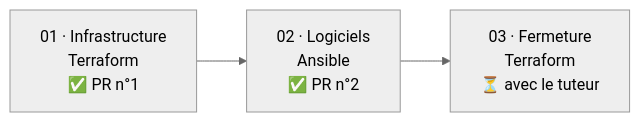
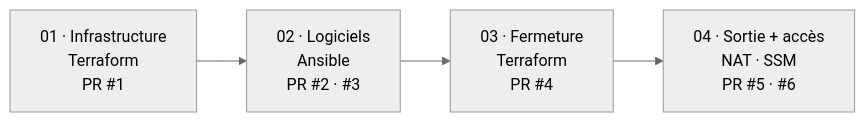
Before and after one commit to thomaspeyr31/aws-private-vm-access: the first of 3 diagrams in docs/01-terraform-ansible-private-vm.md, drawn with Mermaid (neutral theme). The commit also changed other lines of this file and 2 other files, not shown here.

First line of the commit message:
docs: document step 4 (private subnet, NAT, SSM), IAM incidents and acceptance tests

````diff
--- a/docs/01-terraform-ansible-private-vm.md
+++ b/docs/01-terraform-ansible-private-vm.md
@@ -56,5 +74,6 @@
 ```mermaid
 flowchart LR
-    A["01 · Infrastructure<br/>Terraform<br/>✅ PR n°1"] --> B["02 · Logiciels<br/>Ansible<br/>✅ PR n°2"]
-    B --> C["03 · Fermeture<br/>Terraform<br/>⏳ avec le tuteur"]
+    A["01 · Infrastructure<br/>Terraform<br/>PR #1"] --> B["02 · Logiciels<br/>Ansible<br/>PR #2 · #3"]
+    B --> C["03 · Fermeture<br/>Terraform<br/>PR #4"]
+    C --> D["04 · Sortie + accès<br/>NAT · SSM<br/>PR #5 · #6"]
 ```
````
